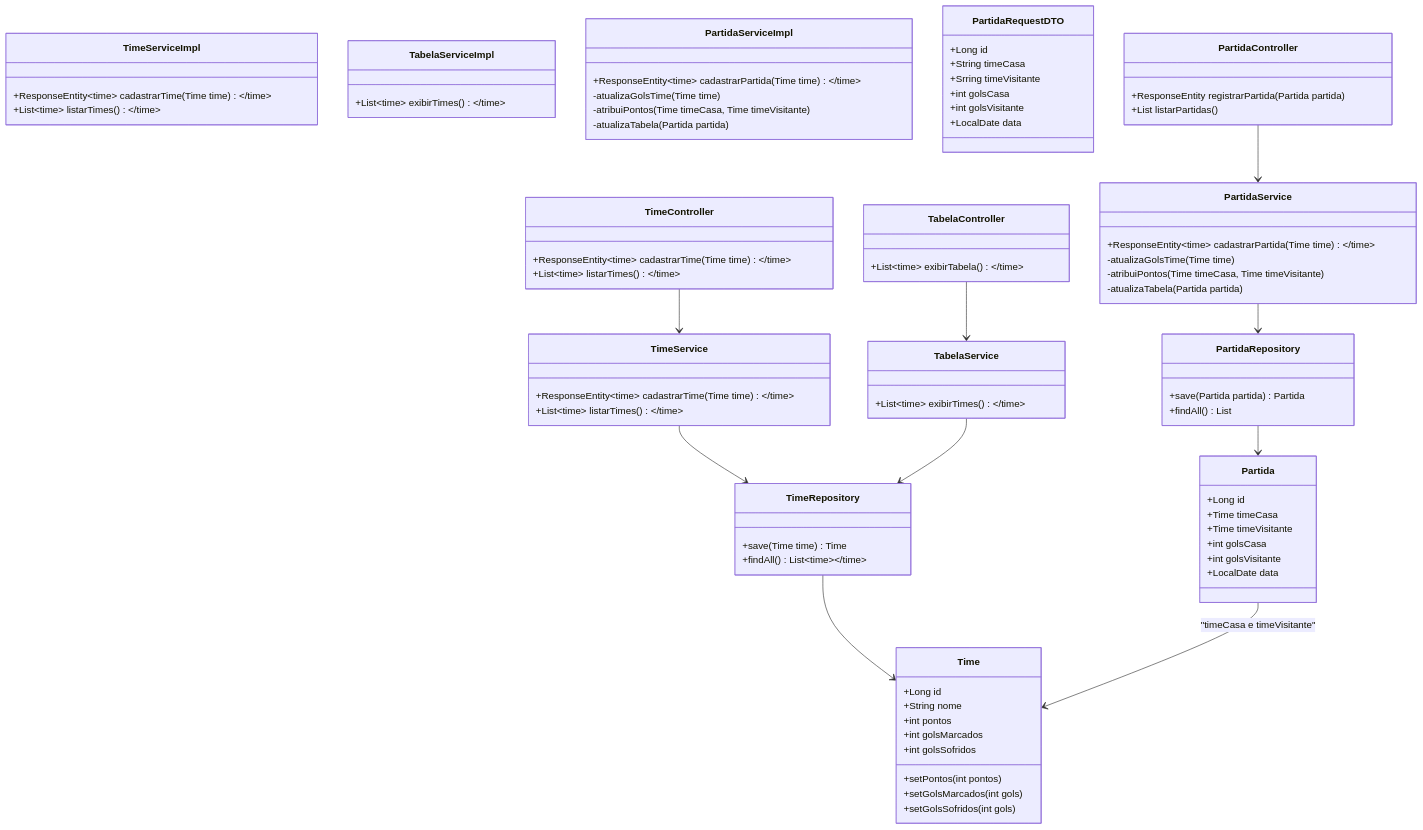
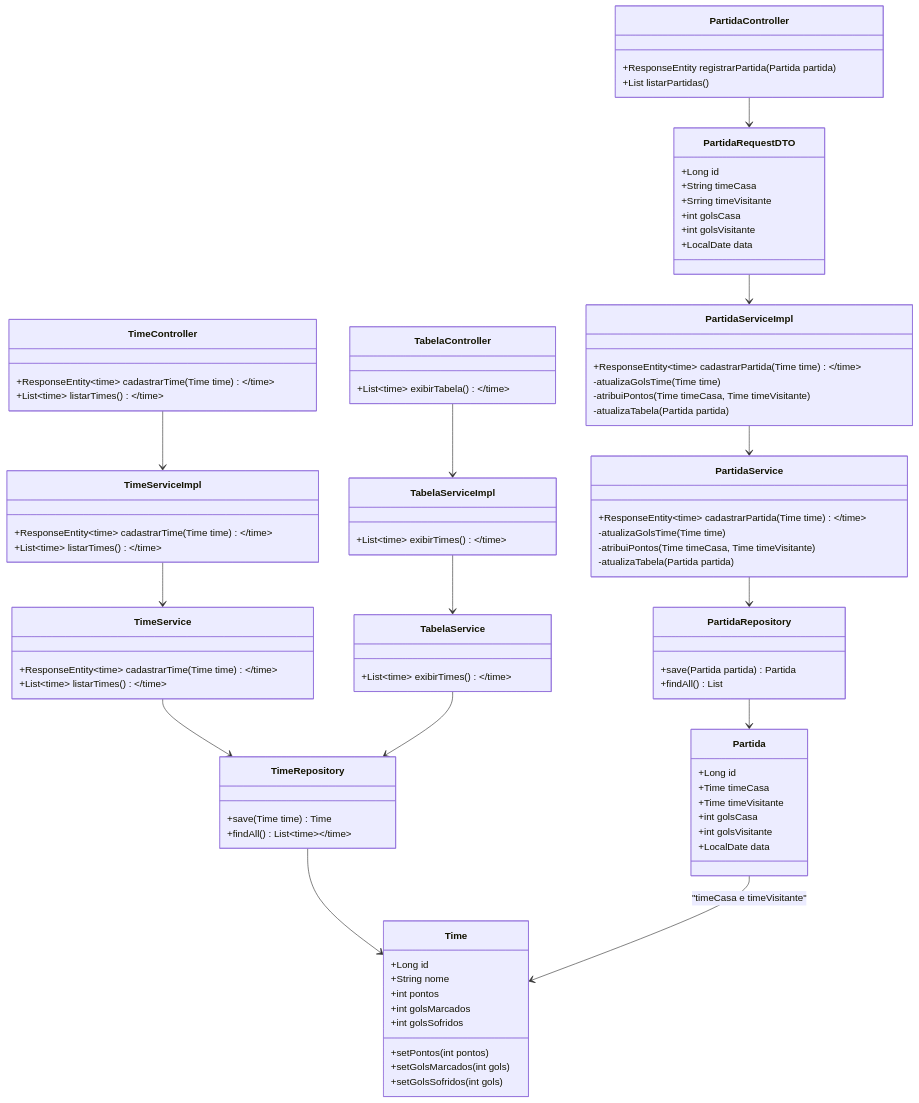
Before and after one commit to Thiago279/dio-java-spring: the diagram in TabelaBrasileirao/README.md, drawn with Mermaid.

````diff
--- a/TabelaBrasileirao/README.md
+++ b/TabelaBrasileirao/README.md
@@ -100,11 +100,15 @@
 
     TimeRepository --> Time
     PartidaRepository --> Partida
-    TimeController --> TimeService
+    TimeController --> TimeServiceImpl
+    TimeServiceImpl --> TimeService
     TimeService --> TimeRepository
-    PartidaController --> PartidaService
+    PartidaController --> PartidaRequestDTO
+    PartidaRequestDTO --> PartidaServiceImpl
+    PartidaServiceImpl --> PartidaService
     PartidaService --> PartidaRepository
-    TabelaController --> TabelaService
+    TabelaController --> TabelaServiceImpl
+    TabelaServiceImpl --> TabelaService
     TabelaService --> TimeRepository
     Partida --> Time : "timeCasa e timeVisitante"
 ```
````
